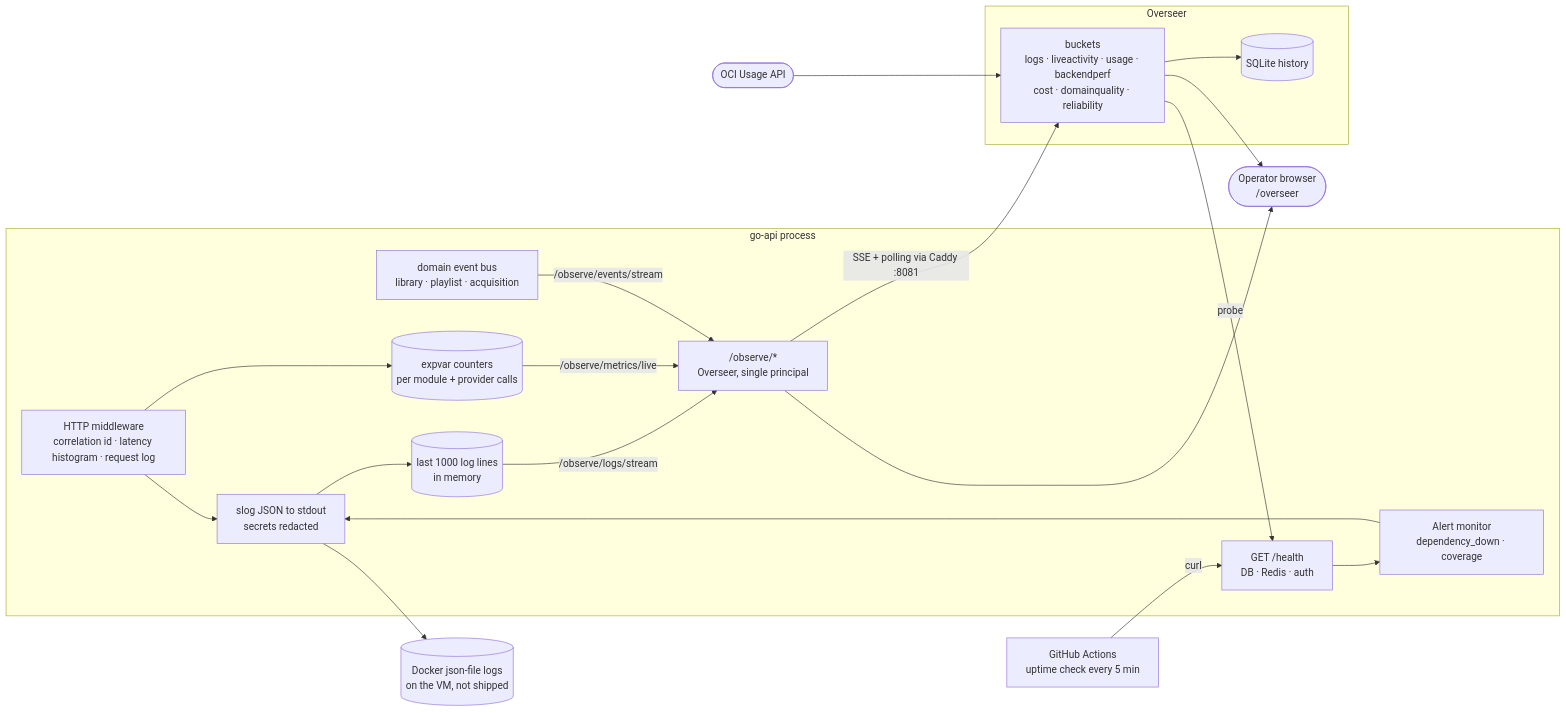
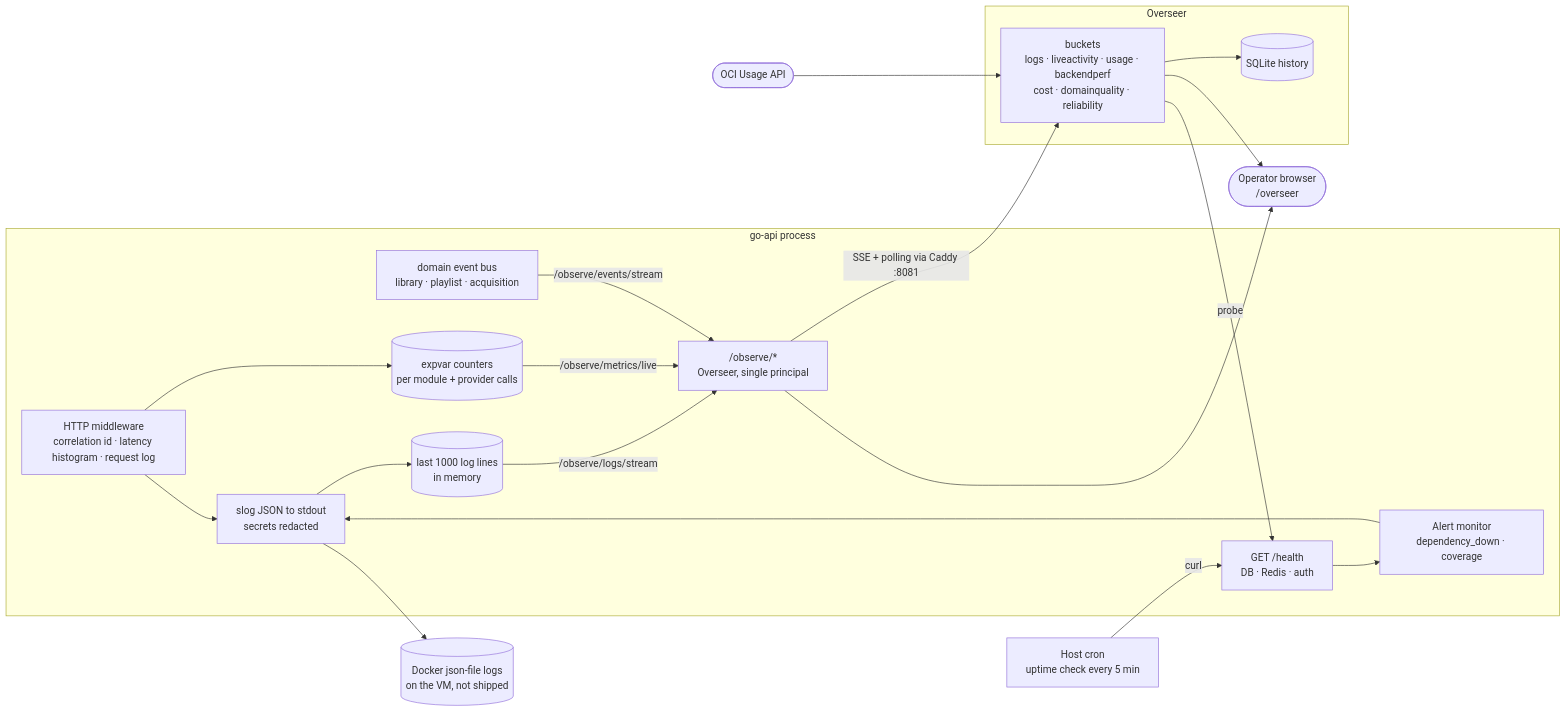
One commit to aleburrascano/altune changed the second of 2 diagrams in docs/diagrams/telemetry.md. Above: the diagram before and after it, drawn with Mermaid. The commit also changed other lines of this file and 3 other files, not shown here.

````diff
--- a/docs/diagrams/telemetry.md
+++ b/docs/diagrams/telemetry.md
@@ -54,38 +54,38 @@
 ```mermaid
 flowchart LR
     subgraph goapi [go-api process]
         mw["HTTP middleware<br/>correlation id · latency histogram · request log"]
         slog["slog JSON to stdout<br/>secrets redacted"]
         ring[("last 1000 log lines<br/>in memory")]
         expvar[("expvar counters<br/>per module + provider calls")]
         bus["domain event bus<br/>library · playlist · acquisition"]
         health["GET /health<br/>DB · Redis · auth"]
         alertmon["Alert monitor<br/>dependency_down · coverage"]
         observe["/observe/*<br/>Overseer, single principal"]
     end
 
     docker[("Docker json-file logs<br/>on the VM, not shipped")]
-    uptime["GitHub Actions<br/>uptime check every 5 min"]
+    uptime["Host cron<br/>uptime check every 5 min"]
 
     subgraph overseer [Overseer]
         buckets["buckets<br/>logs · liveactivity · usage · backendperf<br/>cost · domainquality · reliability"]
         sqlite[("SQLite history")]
     end
     oci(["OCI Usage API"])
     operator(["Operator browser<br/>/overseer"])
 
     mw --> slog --> docker
     slog --> ring
     mw --> expvar
     ring -->|/observe/logs/stream| observe
     expvar -->|/observe/metrics/live| observe
     bus -->|/observe/events/stream| observe
     health --> alertmon --> slog
     uptime -->|curl| health
     observe -->|SSE + polling via Caddy :8081| buckets
     buckets -->|probe| health
     oci --> buckets
     buckets --> sqlite
     buckets --> operator
     observe --> operator
 ```
````
